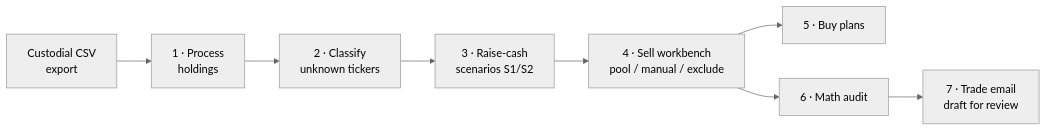
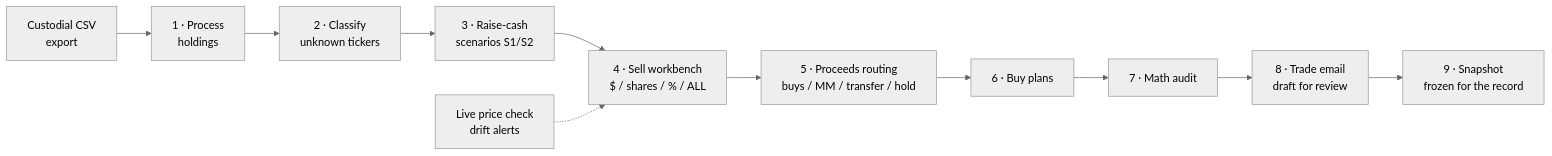
One commit to cmathew654-dot/trade-macro-pipeline changed the diagram in README.md. Above: the diagram before and after it, drawn with Mermaid (neutral theme). The commit also changed other lines of this file, not shown here.

````diff
--- a/README.md
+++ b/README.md
@@ -17,10 +17,13 @@
 ```mermaid
 flowchart LR
     A["Custodial CSV<br/>export"] --> B["1 · Process<br/>holdings"]
     B --> C["2 · Classify<br/>unknown tickers"]
     C --> D["3 · Raise-cash<br/>scenarios S1/S2"]
-    D --> E["4 · Sell workbench<br/>pool / manual / exclude"]
-    E --> F["5 · Buy plans"]
-    E --> G["6 · Math audit"]
-    G --> H["7 · Trade email<br/>draft for review"]
+    D --> E["4 · Sell workbench<br/>$ / shares / % / ALL"]
+    E --> R["5 · Proceeds routing<br/>buys / MM / transfer / hold"]
+    R --> F["6 · Buy plans"]
+    F --> G["7 · Math audit"]
+    G --> H["8 · Trade email<br/>draft for review"]
+    H --> S["9 · Snapshot<br/>frozen for the record"]
+    P["Live price check<br/>drift alerts"] -.-> E
 ```
````
